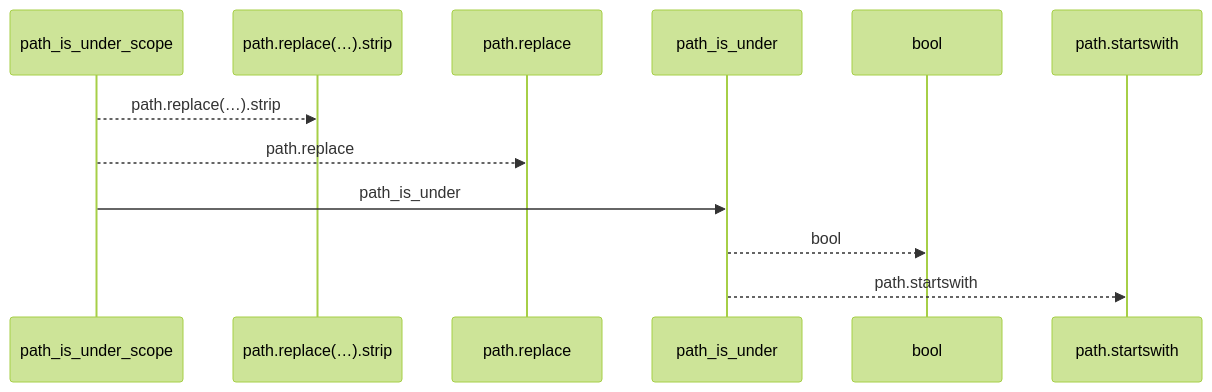
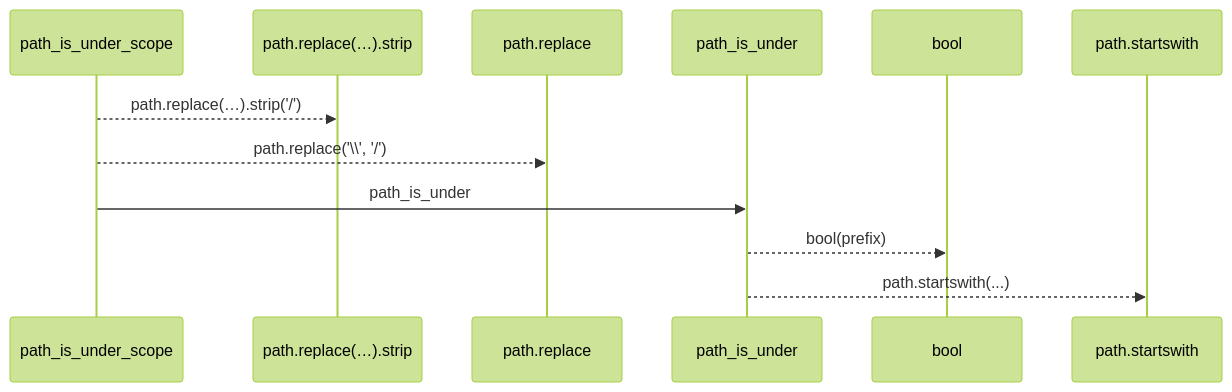
The first of 2 diagrams in docs/llm_wiki/flows/api-path_is_under_scope.md (Denissvgn/python-wiki-llm), drawn with Mermaid (forest theme) before and after one commit. The commit also changed other lines of this file and 1410 other files, not shown here.

````diff
--- a/docs/llm_wiki/flows/api-path_is_under_scope.md
+++ b/docs/llm_wiki/flows/api-path_is_under_scope.md
@@ -10,14 +12,14 @@
 ```mermaid
 sequenceDiagram
     participant p0 as path_is_under_scope
     participant p1 as path.replace(…).strip
     participant p2 as path.replace
     participant p3 as path_is_under
     participant p4 as bool
     participant p5 as path.startswith
-    p0-->>p1: path.replace(…).strip
-    p0-->>p2: path.replace
+    p0-->>p1: path.replace(…).strip('/')
+    p0-->>p2: path.replace('\\', '/')
     p0->>p3: path_is_under
-    p3-->>p4: bool
-    p3-->>p5: path.startswith
+    p3-->>p4: bool(prefix)
+    p3-->>p5: path.startswith(...)
 ```
````
